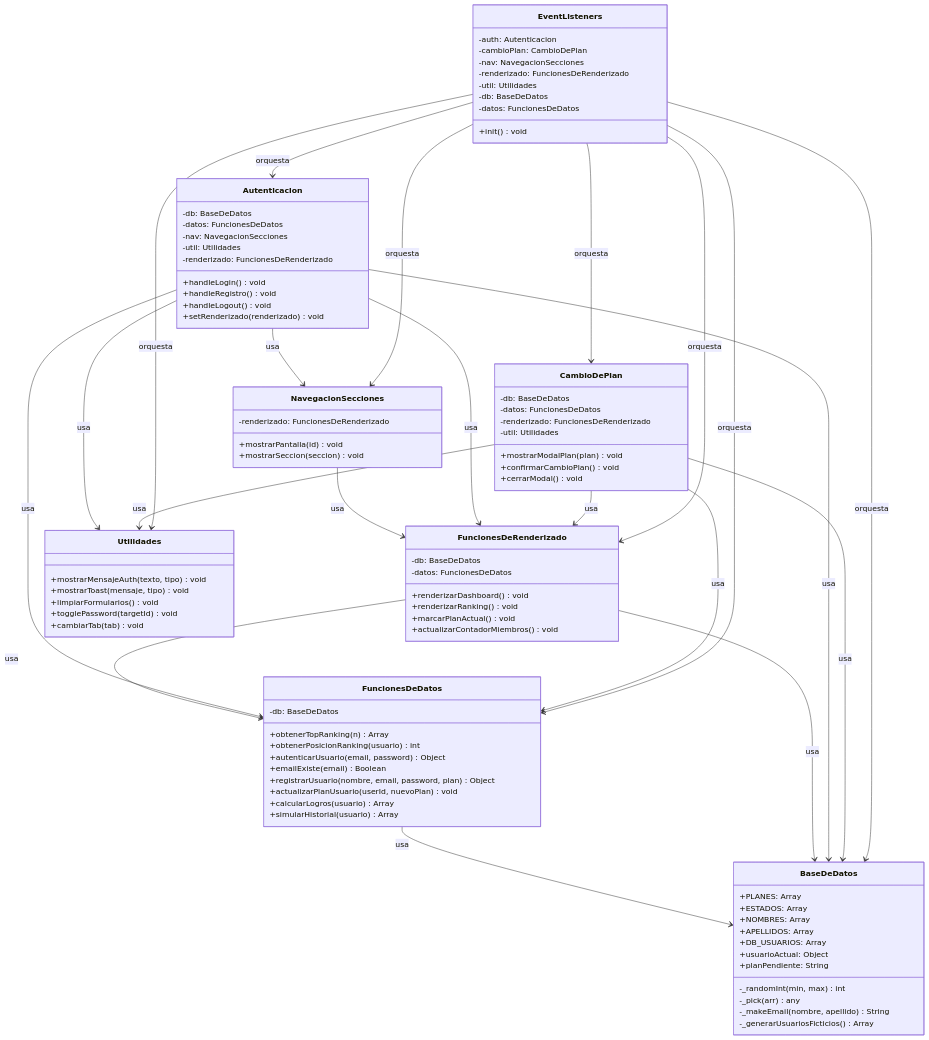
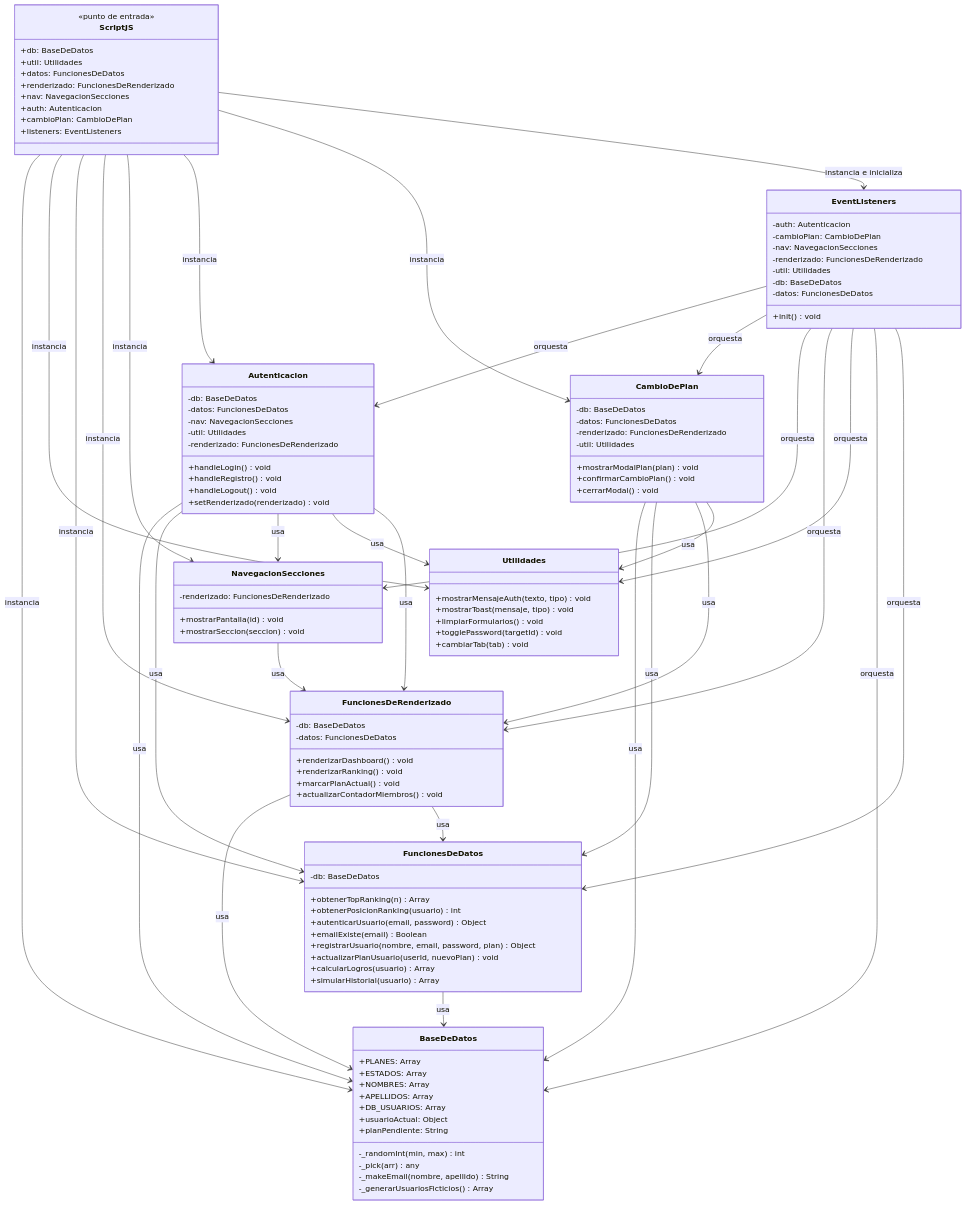
The diagram in README.md (GastonMagarinos/Manejodeissuesconclases), drawn with Mermaid before and after one commit.

````diff
--- a/README.md
+++ b/README.md
@@ -157,4 +157,25 @@
     EventListeners --> Utilidades : orquesta
     EventListeners --> BaseDeDatos : orquesta
     EventListeners --> FuncionesDeDatos : orquesta
+
+    class ScriptJS {
+        <<punto de entrada>>
+        +db: BaseDeDatos
+        +util: Utilidades
+        +datos: FuncionesDeDatos
+        +renderizado: FuncionesDeRenderizado
+        +nav: NavegacionSecciones
+        +auth: Autenticacion
+        +cambioPlan: CambioDePlan
+        +listeners: EventListeners
+    }
+
+    ScriptJS --> BaseDeDatos : instancia
+    ScriptJS --> Utilidades : instancia
+    ScriptJS --> FuncionesDeDatos : instancia
+    ScriptJS --> FuncionesDeRenderizado : instancia
+    ScriptJS --> NavegacionSecciones : instancia
+    ScriptJS --> Autenticacion : instancia
+    ScriptJS --> CambioDePlan : instancia
+    ScriptJS --> EventListeners : instancia e inicializa
 ```
````
